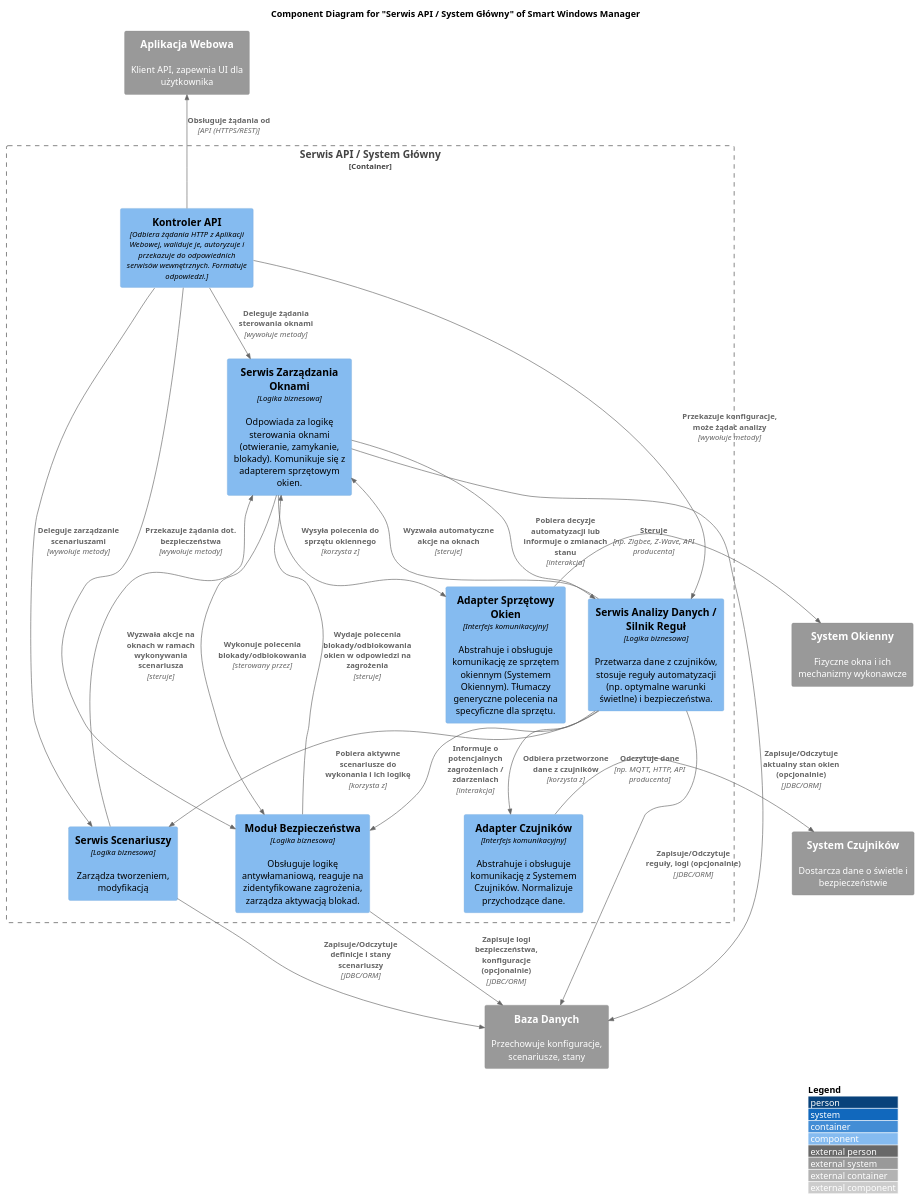
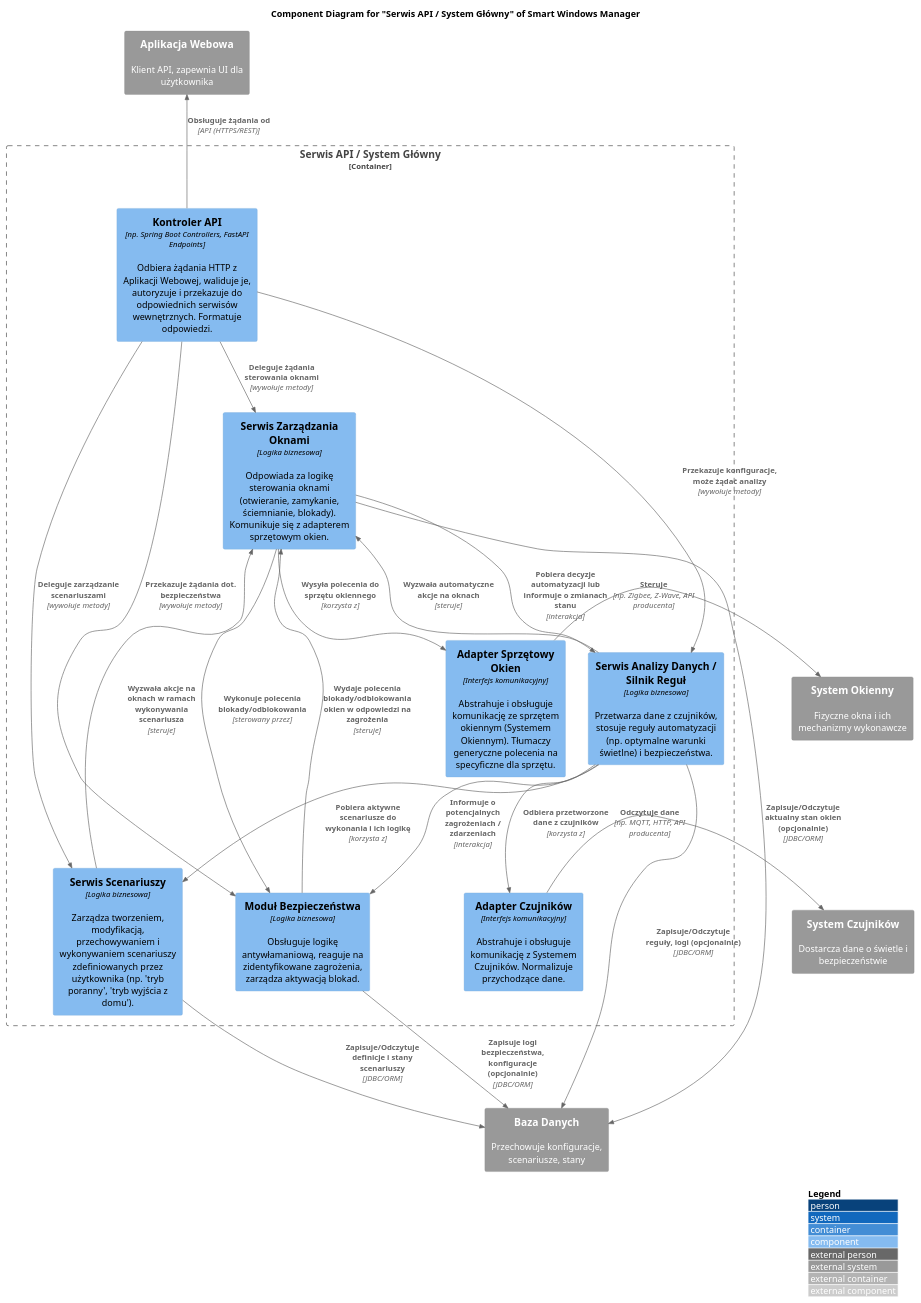
Before and after one commit to dolhan12211/Smart_Windows_Manager: the diagram in Diagram C4/Component Diagram.plantuml, drawn with PlantUML. The commit also changed 36 other files, not shown here.

```diff
--- a/Diagram C4/Component Diagram.plantuml
+++ b/Diagram C4/Component Diagram.plantuml
@@ -1,55 +1,55 @@
 @startuml
 !include https://raw.githubusercontent.com/plantuml-stdlib/C4-PlantUML/master/C4_Component.puml
 
 LAYOUT_WITH_LEGEND()
 
 title Component Diagram for "Serwis API / System Główny" of Smart Windows Manager
 
 ' Definiujemy odniesienia do elementów zewnętrznych (innych kontenerów lub systemów) dla kontekstu
 System_Ext(web_app_ref, "Aplikacja Webowa", "Klient API, zapewnia UI dla użytkownika")
 System_Ext(db_ref, "Baza Danych", "Przechowuje konfiguracje, scenariusze, stany")
 System_Ext(physical_windows_ext, "System Okienny", "Fizyczne okna i ich mechanizmy wykonawcze")
 System_Ext(sensor_system_ext, "System Czujników", "Dostarcza dane o świetle i bezpieczeństwie")
 
 
 Container_Boundary(api_c, "Serwis API / System Główny") {
-    Component(api_controller, "Kontroler API", "Odbiera żądania HTTP z Aplikacji Webowej, waliduje je, autoryzuje i przekazuje do odpowiednich serwisów wewnętrznych. Formatuje odpowiedzi.")
-    Component(window_service, "Serwis Zarządzania Oknami", "Logika biznesowa", "Odpowiada za logikę sterowania oknami (otwieranie, zamykanie, blokady). Komunikuje się z adapterem sprzętowym okien.")
+    Component(api_controller, "Kontroler API", "np. Spring Boot Controllers, FastAPI Endpoints", "Odbiera żądania HTTP z Aplikacji Webowej, waliduje je, autoryzuje i przekazuje do odpowiednich serwisów wewnętrznych. Formatuje odpowiedzi.")
+    Component(window_service, "Serwis Zarządzania Oknami", "Logika biznesowa", "Odpowiada za logikę sterowania oknami (otwieranie, zamykanie, ściemnianie, blokady). Komunikuje się z adapterem sprzętowym okien.")
     Component(data_analysis_service, "Serwis Analizy Danych / Silnik Reguł", "Logika biznesowa", "Przetwarza dane z czujników, stosuje reguły automatyzacji (np. optymalne warunki świetlne) i bezpieczeństwa.")
-    Component(scenario_service, "Serwis Scenariuszy", "Logika biznesowa", "Zarządza tworzeniem, modyfikacją")
+    Component(scenario_service, "Serwis Scenariuszy", "Logika biznesowa", "Zarządza tworzeniem, modyfikacją, przechowywaniem i wykonywaniem scenariuszy zdefiniowanych przez użytkownika (np. 'tryb poranny', 'tryb wyjścia z domu').")
     Component(security_module, "Moduł Bezpieczeństwa", "Logika biznesowa", "Obsługuje logikę antywłamaniową, reaguje na zidentyfikowane zagrożenia, zarządza aktywacją blokad.")
 
     Component(window_hw_adapter, "Adapter Sprzętowy Okien", "Interfejs komunikacyjny", "Abstrahuje i obsługuje komunikację ze sprzętem okiennym (Systemem Okiennym). Tłumaczy generyczne polecenia na specyficzne dla sprzętu.")
     Component(sensor_adapter, "Adapter Czujników", "Interfejs komunikacyjny", "Abstrahuje i obsługuje komunikację z Systemem Czujników. Normalizuje przychodzące dane.")
 
     ' Relacje wewnętrzne między komponentami
     Rel(api_controller, window_service, "Deleguje żądania sterowania oknami", "wywołuje metody")
     Rel(api_controller, scenario_service, "Deleguje zarządzanie scenariuszami", "wywołuje metody")
     Rel(api_controller, data_analysis_service, "Przekazuje konfiguracje, może żądać analizy", "wywołuje metody")
     Rel(api_controller, security_module, "Przekazuje żądania dot. bezpieczeństwa", "wywołuje metody")
 
     Rel(window_service, window_hw_adapter, "Wysyła polecenia do sprzętu okiennego", "korzysta z")
     Rel(window_service, data_analysis_service, "Pobiera decyzje automatyzacji lub informuje o zmianach stanu", "interakcja")
     Rel(window_service, security_module, "Wykonuje polecenia blokady/odblokowania", "sterowany przez")
 
     Rel(data_analysis_service, sensor_adapter, "Odbiera przetworzone dane z czujników", "korzysta z")
     Rel(data_analysis_service, window_service, "Wyzwała automatyczne akcje na oknach", "steruje")
     Rel(data_analysis_service, scenario_service, "Pobiera aktywne scenariusze do wykonania i ich logikę", "korzysta z")
     Rel(data_analysis_service, security_module, "Informuje o potencjalnych zagrożeniach / zdarzeniach", "interakcja")
 
     Rel(scenario_service, window_service, "Wyzwała akcje na oknach w ramach wykonywania scenariusza", "steruje")
     Rel(security_module, window_service, "Wydaje polecenia blokady/odblokowania okien w odpowiedzi na zagrożenia", "steruje")
 
     ' Relacje do elementów zewnętrznych (względem tego kontenera)
     Rel_U(api_controller, web_app_ref, "Obsługuje żądania od", "API (HTTPS/REST)")
     Rel_D(scenario_service, db_ref, "Zapisuje/Odczytuje definicje i stany scenariuszy", "JDBC/ORM")
     Rel_D(data_analysis_service, db_ref, "Zapisuje/Odczytuje reguły, logi (opcjonalnie)", "JDBC/ORM")
     Rel_D(security_module, db_ref, "Zapisuje logi bezpieczeństwa, konfiguracje (opcjonalnie)", "JDBC/ORM")
     Rel_D(window_service, db_ref, "Zapisuje/Odczytuje aktualny stan okien (opcjonalnie)", "JDBC/ORM")
 }
 
 ' Relacje do systemów zewnętrznych (sprzęt)
 Rel_R(window_hw_adapter, physical_windows_ext, "Steruje", "np. Zigbee, Z-Wave, API producenta")
 Rel_R(sensor_adapter, sensor_system_ext, "Odczytuje dane", "np. MQTT, HTTP, API producenta")
 
 @enduml
```
